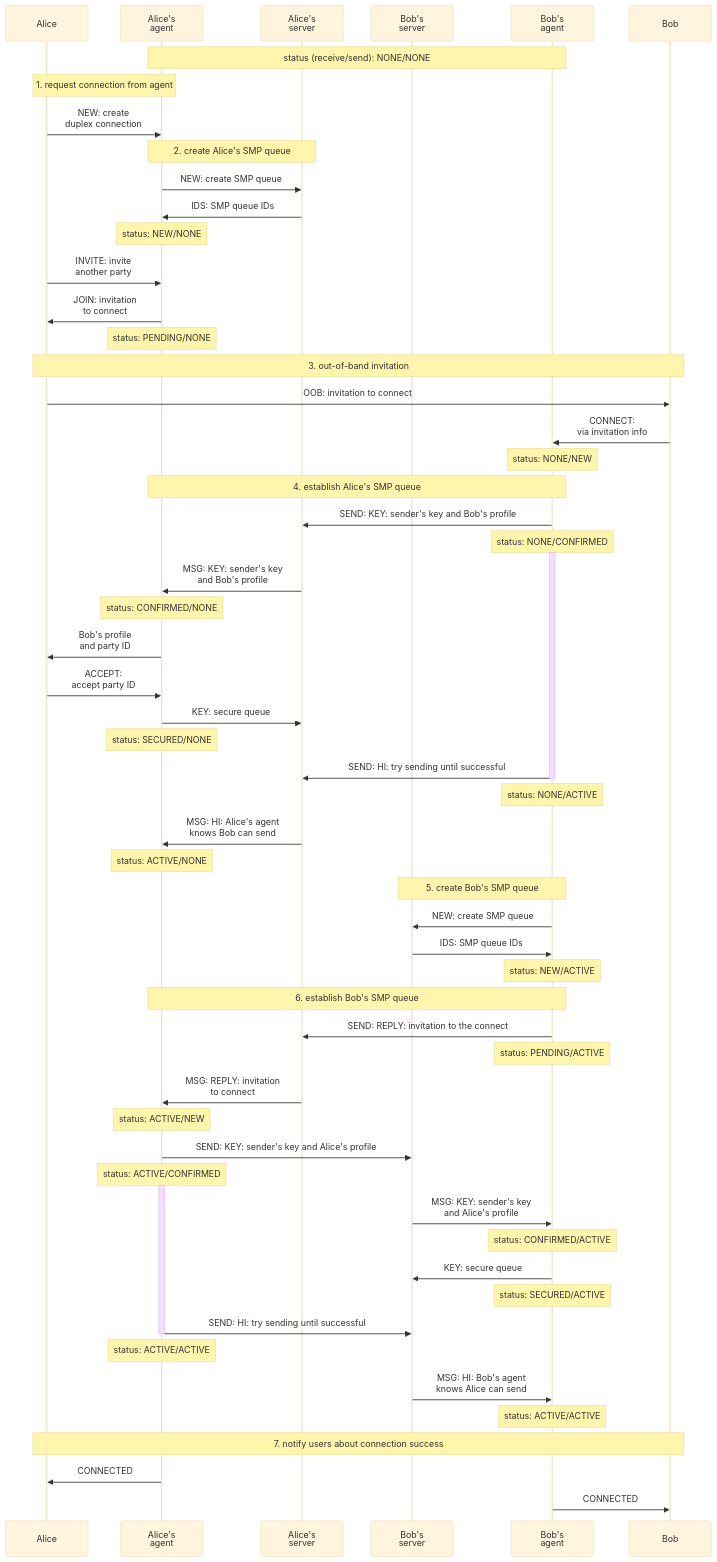
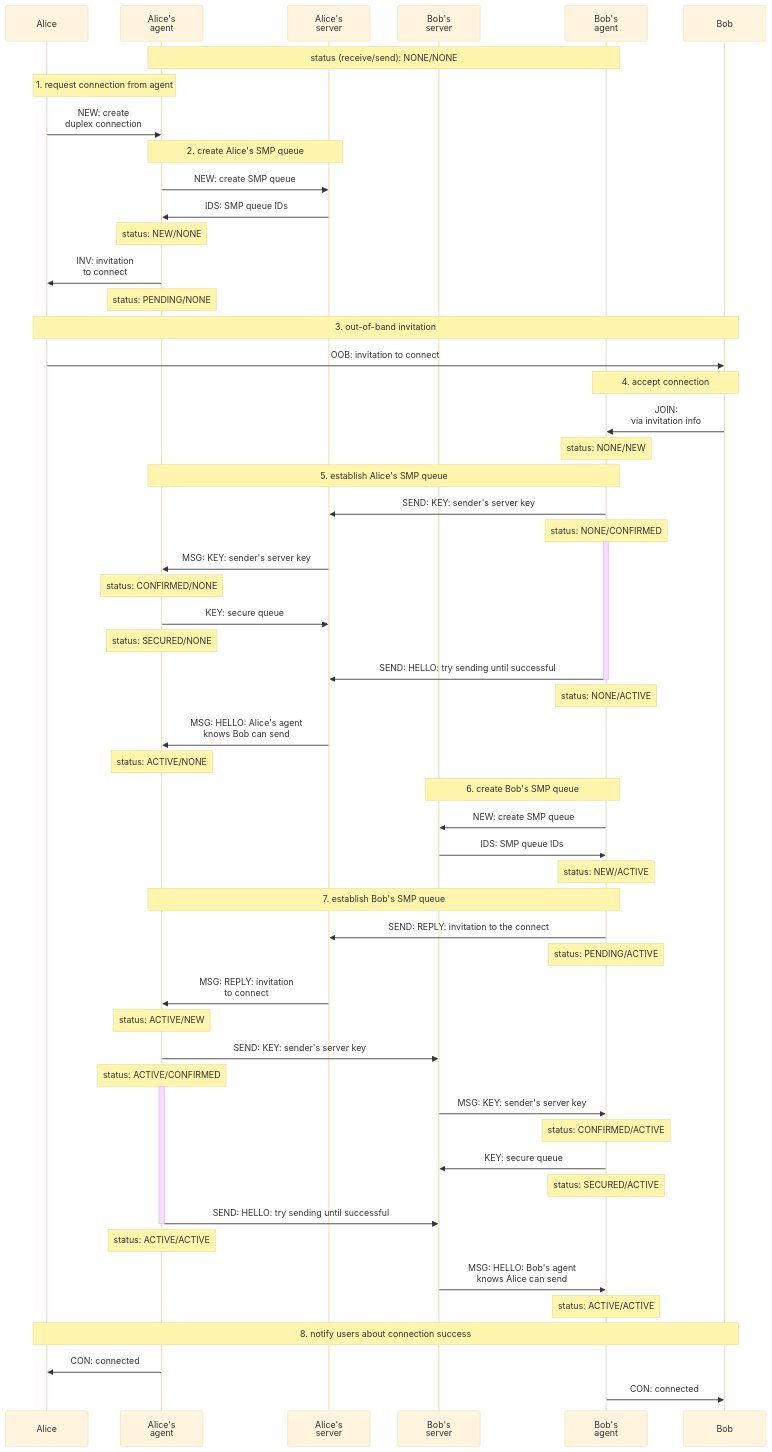
One commit to simplex-chat/simplex-chat changed the diagram in diagrams/duplex-messaging/duplex-creating.mmd. Above: the diagram before and after it, drawn with Mermaid (base theme). The commit also changed 2 other files, not shown here.

Commit message:
duplex procedure, update diagram (#41)
* duplex procedure, update diagram

* reduce svg whitespace

* update svg

```diff
--- a/diagrams/duplex-messaging/duplex-creating.mmd
+++ b/diagrams/duplex-messaging/duplex-creating.mmd
@@ -1,72 +1,71 @@
 sequenceDiagram
   participant A as Alice
   participant AA as Alice's<br>agent
   participant AS as Alice's<br>server
   participant BS as Bob's<br>server
   participant BA as Bob's<br>agent
   participant B as Bob
 
   note over AA, BA: status (receive/send): NONE/NONE
 
   note over A, AA: 1. request connection from agent
   A ->> AA: NEW: create<br>duplex connection
  
   note over AA, AS: 2. create Alice's SMP queue
   AA ->> AS: NEW: create SMP queue
   AS ->> AA: IDS: SMP queue IDs
   note over AA: status: NEW/NONE
 
-  A ->> AA: INVITE: invite<br>another party
-  AA ->> A: JOIN: invitation<br>to connect
+  AA ->> A: INV: invitation<br>to connect
   note over AA: status: PENDING/NONE
 
   note over A, B: 3. out-of-band invitation
   A ->> B: OOB: invitation to connect
-  B ->> BA: CONNECT:<br>via invitation info
+
+  note over BA, B: 4. accept connection
+  B ->> BA: JOIN:<br>via invitation info
   note over BA: status: NONE/NEW
 
-  note over BA, AA: 4. establish Alice's SMP queue
-  BA ->> AS: SEND: KEY: sender's key and Bob's profile
+  note over BA, AA: 5. establish Alice's SMP queue
+  BA ->> AS: SEND: KEY: sender's server key
   note over BA: status: NONE/CONFIRMED
   activate BA
-  AS ->> AA: MSG: KEY: sender's key<br>and Bob's profile
+  AS ->> AA: MSG: KEY: sender's server key
   note over AA: status: CONFIRMED/NONE
-  AA ->> A: Bob's profile<br>and party ID
-  A ->> AA: ACCEPT:<br>accept party ID
   AA ->> AS: KEY: secure queue
   note over AA: status: SECURED/NONE
 
-  BA ->> AS: SEND: HI: try sending until successful
+  BA ->> AS: SEND: HELLO: try sending until successful
   deactivate BA
   note over BA: status: NONE/ACTIVE
-  AS ->> AA: MSG: HI: Alice's agent<br>knows Bob can send
+  AS ->> AA: MSG: HELLO: Alice's agent<br>knows Bob can send
   note over AA: status: ACTIVE/NONE
 
-  note over BA, BS: 5. create Bob's SMP queue
+  note over BA, BS: 6. create Bob's SMP queue
   BA ->> BS: NEW: create SMP queue
   BS ->> BA: IDS: SMP queue IDs
   note over BA: status: NEW/ACTIVE
 
-  note over AA, BA: 6. establish Bob's SMP queue
+  note over AA, BA: 7. establish Bob's SMP queue
   BA ->> AS: SEND: REPLY: invitation to the connect
   note over BA: status: PENDING/ACTIVE
   AS ->> AA: MSG: REPLY: invitation<br>to connect
   note over AA: status: ACTIVE/NEW
 
-  AA ->> BS: SEND: KEY: sender's key and Alice's profile
+  AA ->> BS: SEND: KEY: sender's server key
   note over AA: status: ACTIVE/CONFIRMED
   activate AA
-  BS ->> BA: MSG: KEY: sender's key<br>and Alice's profile
+  BS ->> BA: MSG: KEY: sender's server key
   note over BA: status: CONFIRMED/ACTIVE
   BA ->> BS: KEY: secure queue
   note over BA: status: SECURED/ACTIVE
 
-  AA ->> BS: SEND: HI: try sending until successful
+  AA ->> BS: SEND: HELLO: try sending until successful
   deactivate AA
   note over AA: status: ACTIVE/ACTIVE
-  BS ->> BA: MSG: HI: Bob's agent<br>knows Alice can send
+  BS ->> BA: MSG: HELLO: Bob's agent<br>knows Alice can send
   note over BA: status: ACTIVE/ACTIVE
 
-  note over A, B: 7. notify users about connection success
-  AA ->> A: CONNECTED
-  BA ->> B: CONNECTED
+  note over A, B: 8. notify users about connection success
+  AA ->> A: CON: connected
+  BA ->> B: CON: connected
```
